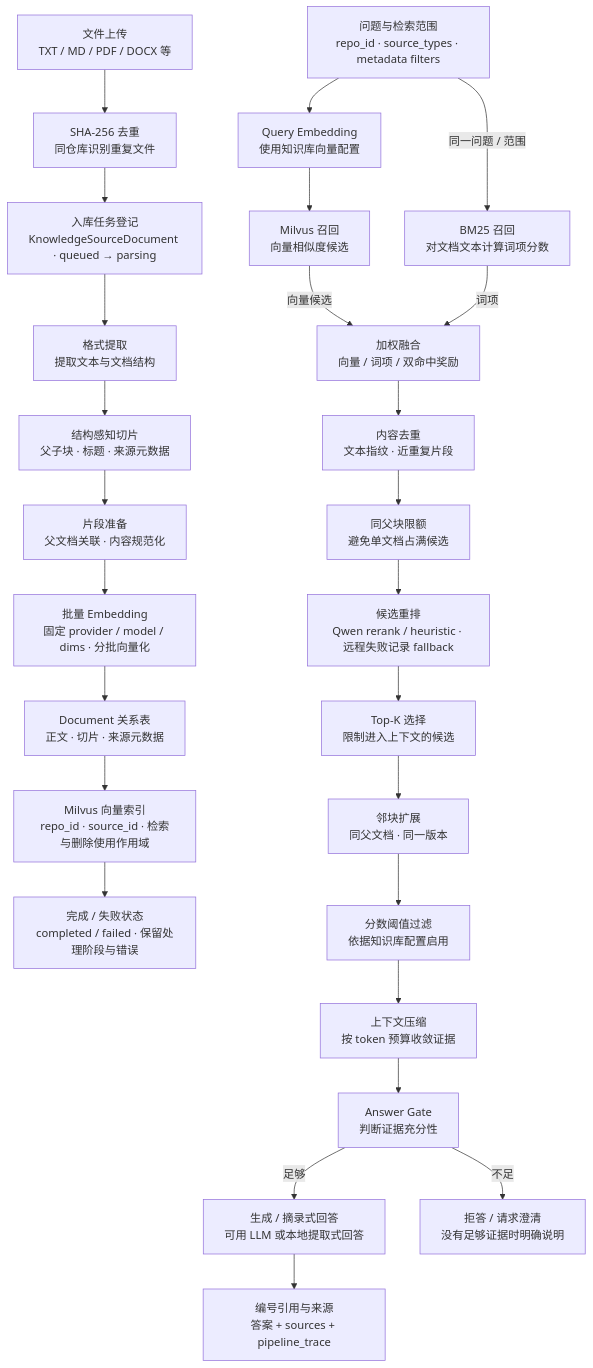
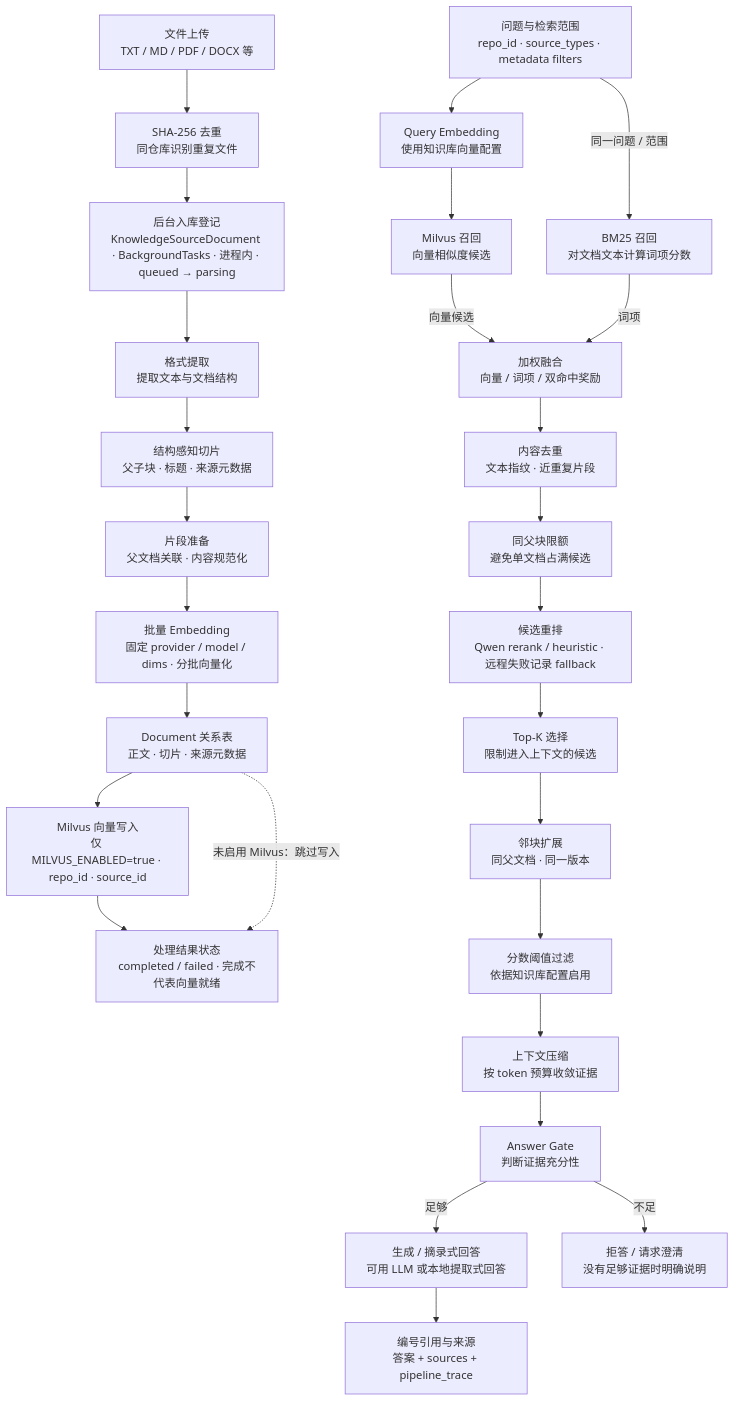
One commit to ytinyx/DevHarbor changed the diagram in docs/diagrams/rag-pipeline.mmd. Above: the diagram before and after it, drawn with Mermaid. The commit also changed 13 other files, not shown here.

First line of the commit message:
docs: explain architecture execution boundaries and security controls (#15)

```diff
--- a/docs/diagrams/rag-pipeline.mmd
+++ b/docs/diagrams/rag-pipeline.mmd
@@ -1,53 +1,54 @@
 %% Generated by scripts/render_docs.py; semantic flow, SVG has curated layout.
 flowchart TD
   upload["文件上传<br/>TXT / MD / PDF / DOCX 等"]
   hash["SHA-256 去重<br/>同仓库识别重复文件"]
-  queued["入库任务登记<br/>KnowledgeSourceDocument · queued → parsing"]
+  queued["后台入库登记<br/>KnowledgeSourceDocument · BackgroundTasks · 进程内 · queued → parsing"]
   parse["格式提取<br/>提取文本与文档结构"]
   split["结构感知切片<br/>父子块 · 标题 · 来源元数据"]
   upload --> hash
   hash --> queued
   queued --> parse
   parse --> split
-  state["完成 / 失败状态<br/>completed / failed · 保留处理阶段与错误"]
-  milvus["Milvus 向量索引<br/>repo_id · source_id · 检索与删除使用作用域"]
+  state["处理结果状态<br/>completed / failed · 完成不代表向量就绪"]
+  milvus["Milvus 向量写入<br/>仅 MILVUS_ENABLED=true · repo_id · source_id"]
   sql["Document 关系表<br/>正文 · 切片 · 来源元数据"]
   embed["批量 Embedding<br/>固定 provider / model / dims · 分批向量化"]
   normalize["片段准备<br/>父文档关联 · 内容规范化"]
   split --> normalize
   normalize --> embed
   embed --> sql
   sql --> milvus
   milvus --> state
+  sql -.->|未启用 Milvus：跳过写入| state
   scope["问题与检索范围<br/>repo_id · source_types · metadata filters"]
   query["Query Embedding<br/>使用知识库向量配置"]
   vector["Milvus 召回<br/>向量相似度候选"]
   keyword["BM25 召回<br/>对文档文本计算词项分数"]
   fusion["加权融合<br/>向量 / 词项 / 双命中奖励"]
   dedup["内容去重<br/>文本指纹 · 近重复片段"]
   parent["同父块限额<br/>避免单文档占满候选"]
   scope --> query
   query --> vector
   scope -->|同一问题 / 范围| keyword
   vector -->|向量候选| fusion
   keyword -->|词项| fusion
   fusion --> dedup
   dedup --> parent
   compress["上下文压缩<br/>按 token 预算收敛证据"]
   threshold["分数阈值过滤<br/>依据知识库配置启用"]
   neighbors["邻块扩展<br/>同父文档 · 同一版本"]
   topk["Top-K 选择<br/>限制进入上下文的候选"]
   rerank["候选重排<br/>Qwen rerank / heuristic · 远程失败记录 fallback"]
   parent --> rerank
   rerank --> topk
   topk --> neighbors
   neighbors --> threshold
   threshold --> compress
   gate["Answer Gate<br/>判断证据充分性"]
   answer["生成 / 摘录式回答<br/>可用 LLM 或本地提取式回答"]
   sources["编号引用与来源<br/>答案 + sources + pipeline_trace"]
   refuse["拒答 / 请求澄清<br/>没有足够证据时明确说明"]
   compress --> gate
   gate -->|足够| answer
   answer --> sources
   gate -->|不足| refuse
```
